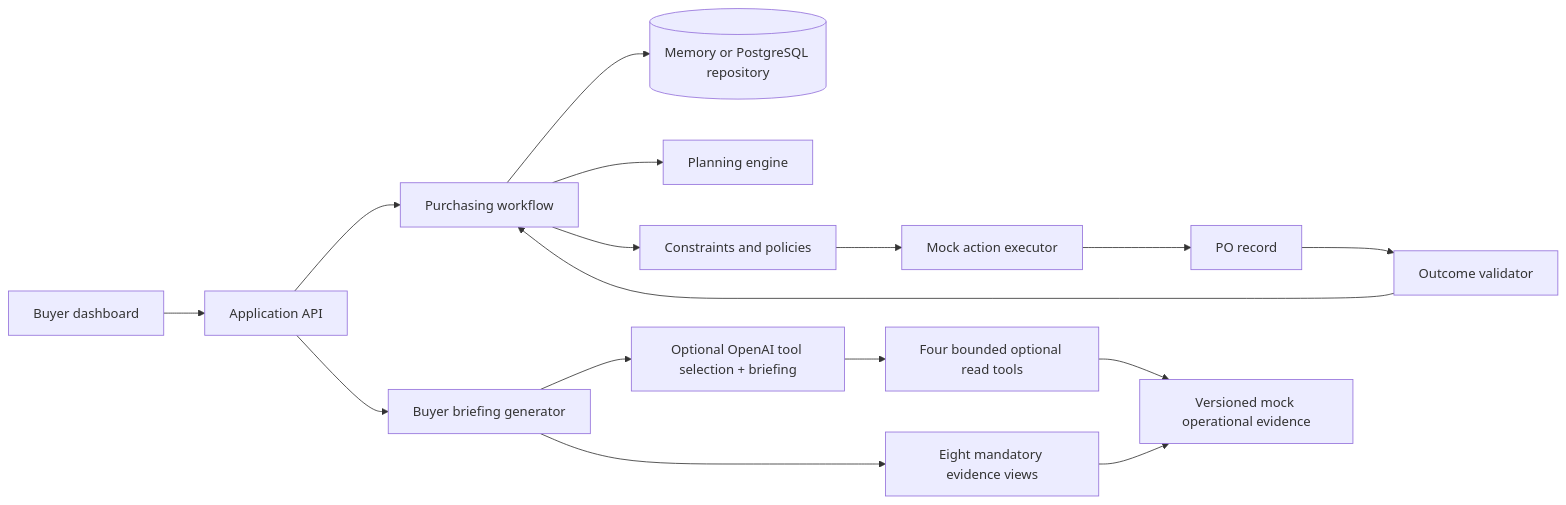
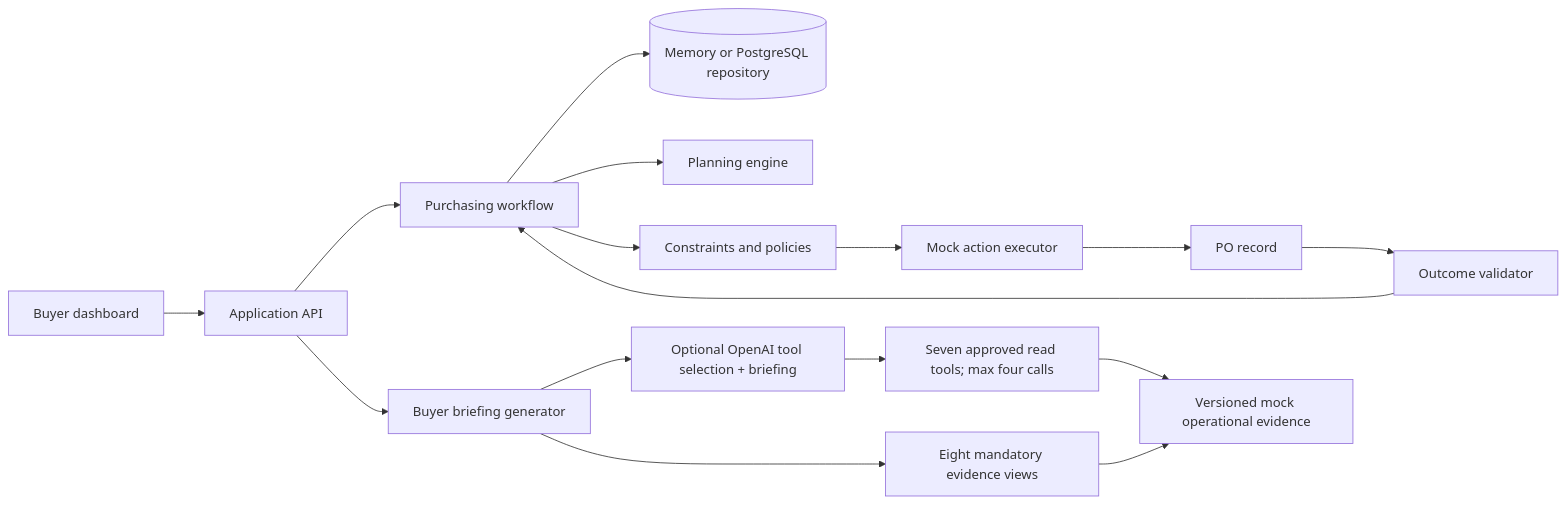
One commit to snehilsaini/ai-purchasing-agent changed the second of 2 diagrams in README.md. Above: the diagram before and after it, drawn with Mermaid. The commit also changed other lines of this file and 27 other files, not shown here.

````diff
--- a/README.md
+++ b/README.md
@@ -365,18 +373,18 @@
 ```mermaid
 flowchart LR
     UI[Buyer dashboard] --> API[Application API]
     API --> WF[Purchasing workflow]
     WF --> DB[(Memory or PostgreSQL repository)]
     API --> AGENT[Buyer briefing generator]
     AGENT --> LLM[Optional OpenAI tool selection + briefing]
     AGENT --> REQUIRED[Eight mandatory evidence views]
-    LLM --> OPTIONAL[Four bounded optional read tools]
+    LLM --> OPTIONAL[Seven approved read tools; max four calls]
     REQUIRED --> SERVICES[Versioned mock operational evidence]
     OPTIONAL --> SERVICES
     WF --> PLAN[Planning engine]
     WF --> RULES[Constraints and policies]
     RULES --> EXEC[Mock action executor]
     EXEC --> PO[PO record]
     PO --> VALIDATOR[Outcome validator]
     VALIDATOR --> WF
 ```
````
